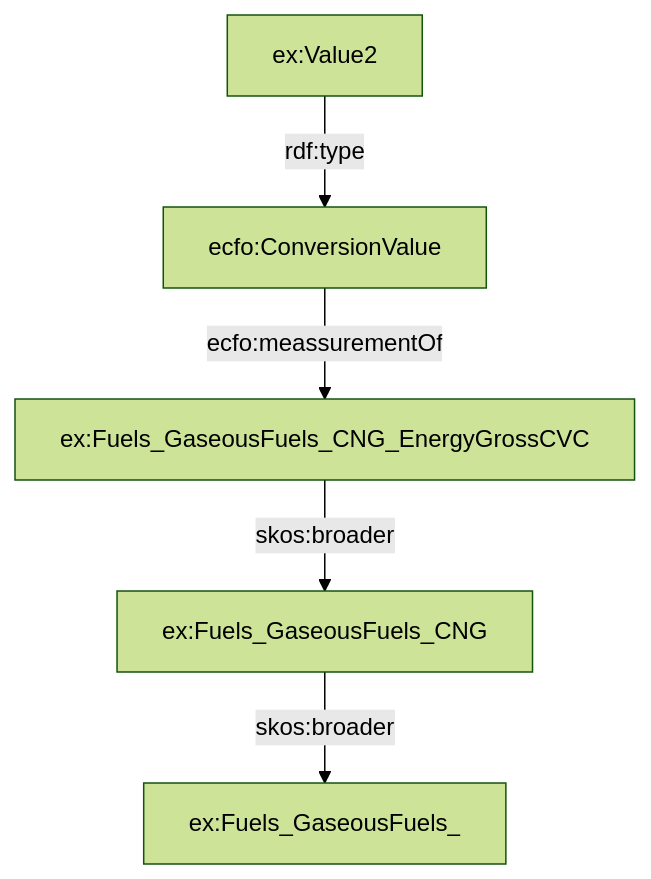
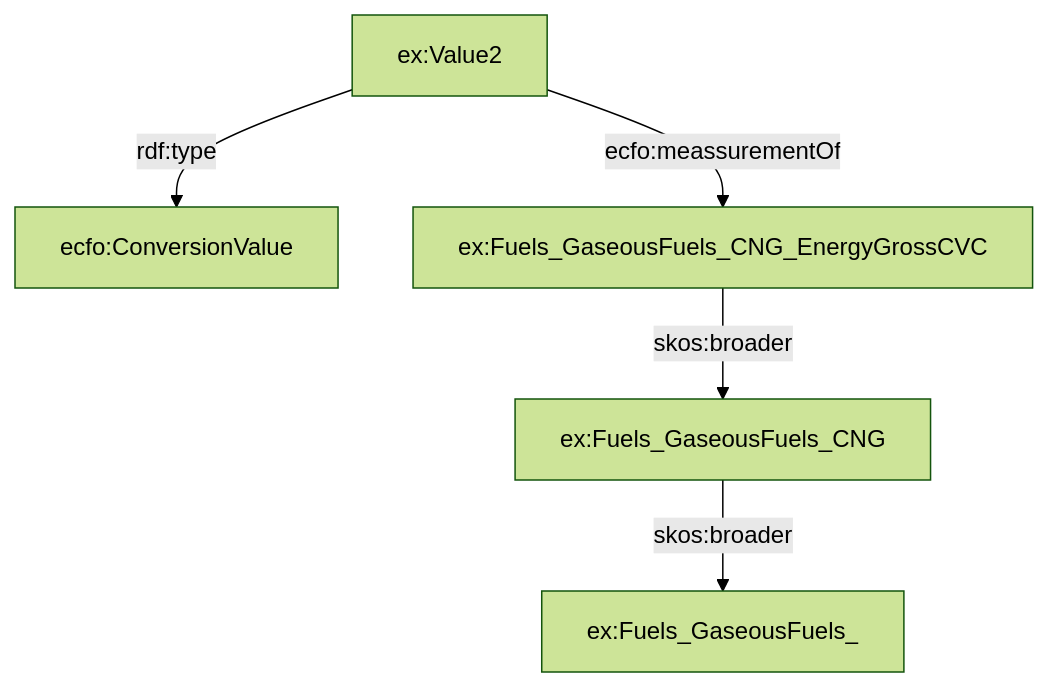
One commit to TEC-Toolkit/ECFO changed the tenth of 11 diagrams in development/doc.md. Above: the diagram before and after it, drawn with Mermaid (forest theme). The commit also changed other lines of this file, not shown here.

````diff
--- a/development/doc.md
+++ b/development/doc.md
@@ -149,13 +149,13 @@
 ```mermaid
 graph TD
 CE[ecfo:ConversionValue]
 EX1[ex:Value2]
 EX2[ex:Fuels_GaseousFuels_CNG_EnergyGrossCVC]
 EX3[ex:Fuels_GaseousFuels_CNG]
 EX4[ex:Fuels_GaseousFuels_]
 
 EX1 -->|rdf:type| CE
-CE -->|ecfo:meassurementOf| EX2
+EX1 -->|ecfo:meassurementOf| EX2
 EX2 -->|skos:broader| EX3
 EX3 -->|skos:broader| EX4
 ```
````
